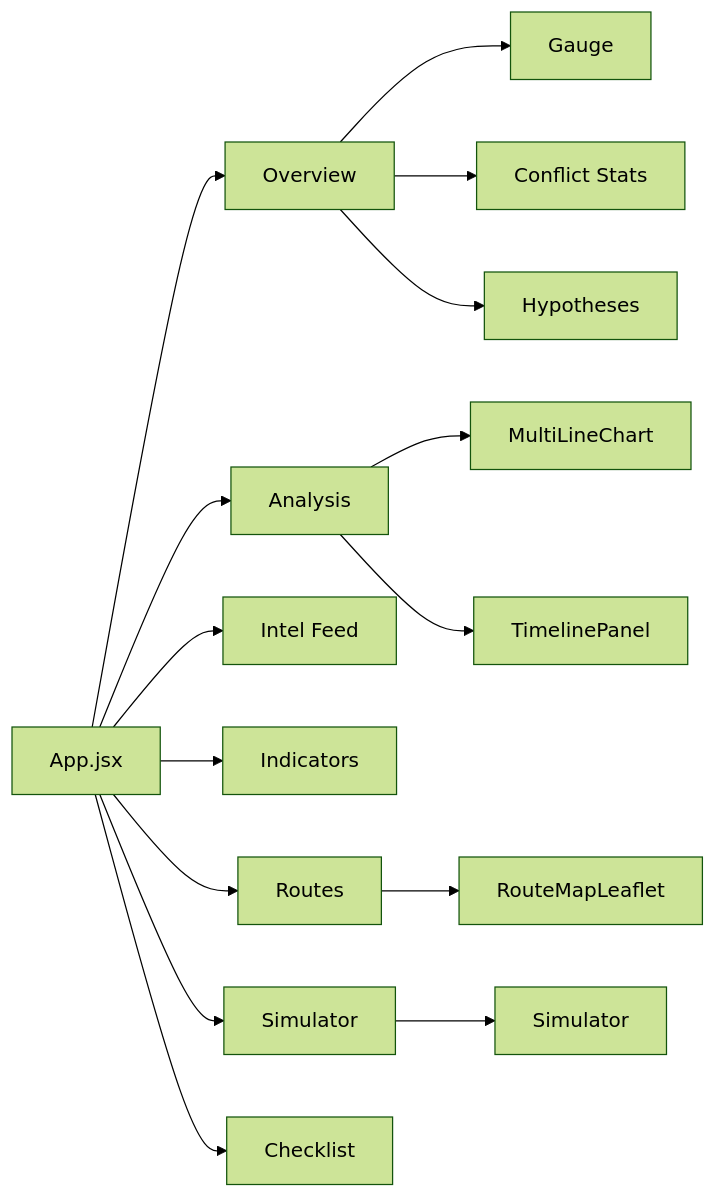
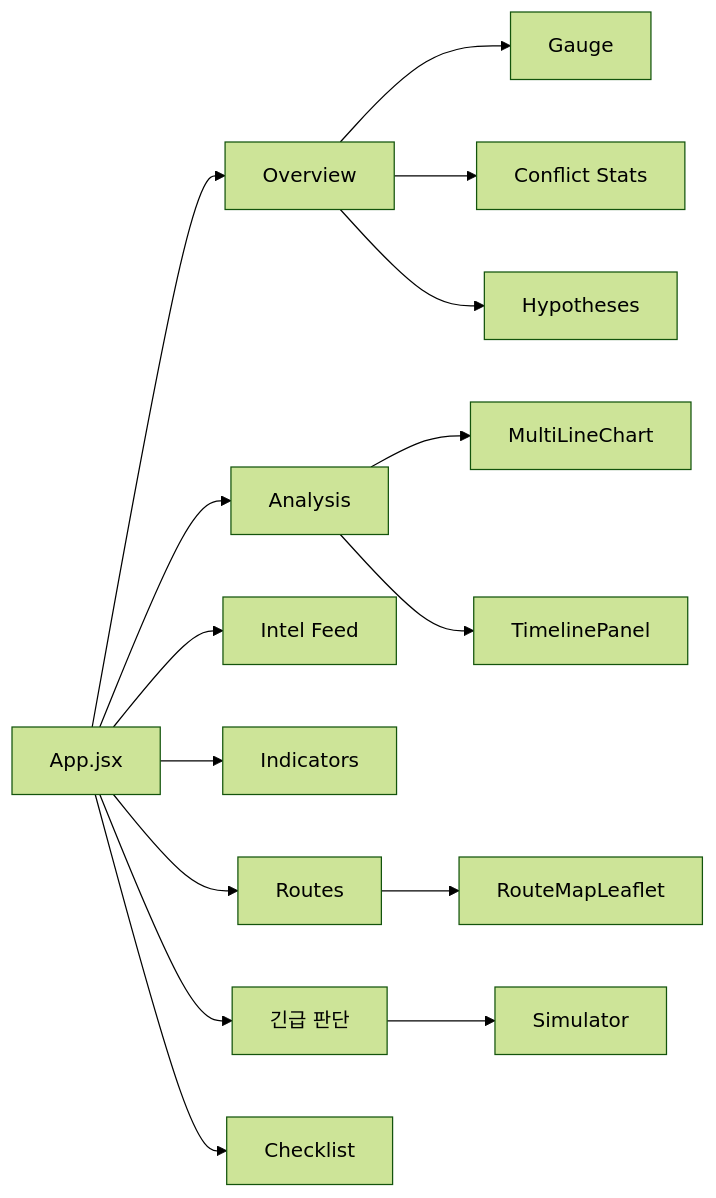
One commit to macho715/iran_abu_dash changed the first of 3 diagrams in LAYOUT.md. Above: the diagram before and after it, drawn with Mermaid (forest theme). The commit also changed other lines of this file and 7 other files, not shown here.

First line of the commit message:
docs: README·SYSTEM_ARCHITECTURE 상세화, Mermaid 다이어그램 추가

````diff
--- a/LAYOUT.md
+++ b/LAYOUT.md
@@ -67,18 +67,18 @@
 ```mermaid
 graph LR
-    App["App.jsx"] --> OV["Overview"]
-    App --> AN["Analysis"]
-    App --> IF["Intel Feed"]
-    App --> ID["Indicators"]
-    App --> RT["Routes"]
-    App --> SM["Simulator"]
-    App --> CL["Checklist"]
+    App[App.jsx] --> OV[Overview]
+    App --> AN[Analysis]
+    App --> IF[Intel Feed]
+    App --> ID[Indicators]
+    App --> RT[Routes]
+    App --> ED[긴급 판단]
+    App --> CL[Checklist]
 
-    OV --> G["Gauge"]
-    OV --> CS["Conflict Stats"]
-    OV --> H["Hypotheses"]
-    AN --> MLC["MultiLineChart"]
-    AN --> TP["TimelinePanel"]
-    RT --> RML["RouteMapLeaflet"]
-    SM --> Sim["Simulator"]
+    OV --> G[Gauge]
+    OV --> CS[Conflict Stats]
+    OV --> H[Hypotheses]
+    AN --> MLC[MultiLineChart]
+    AN --> TP[TimelinePanel]
+    RT --> RML[RouteMapLeaflet]
+    ED --> Sim[Simulator]
 ```
````
